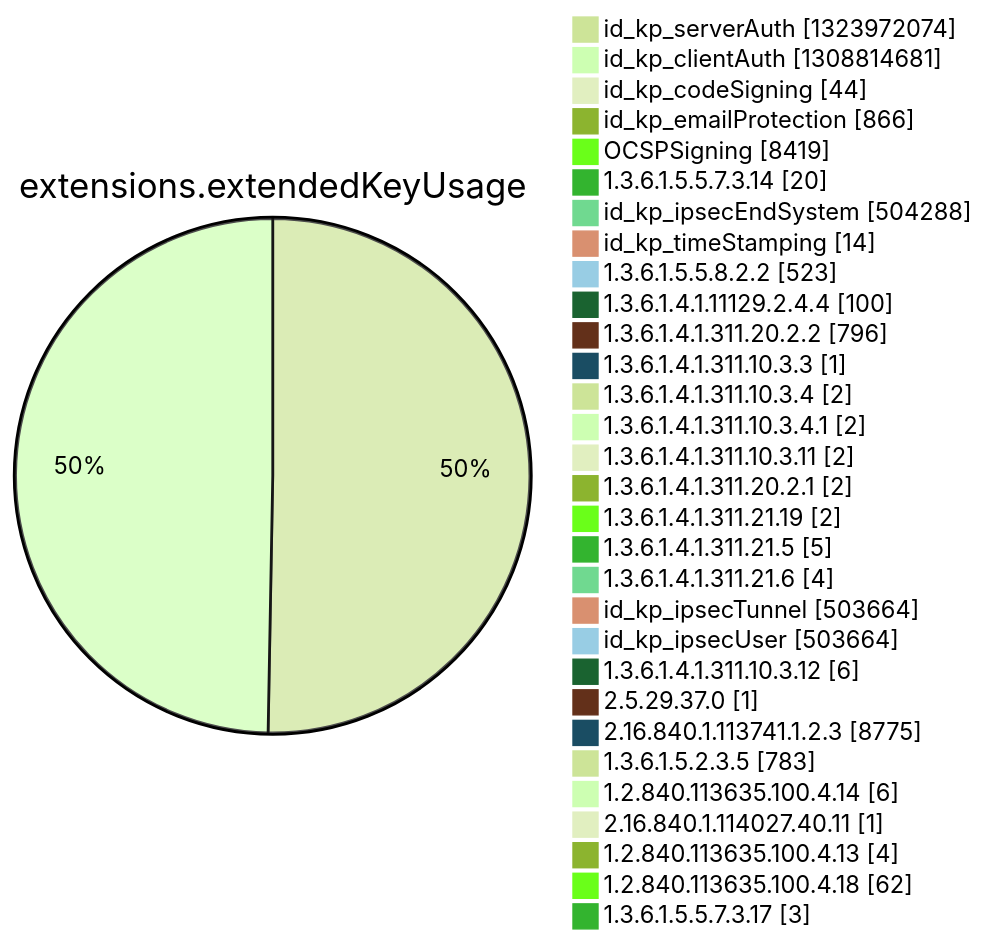
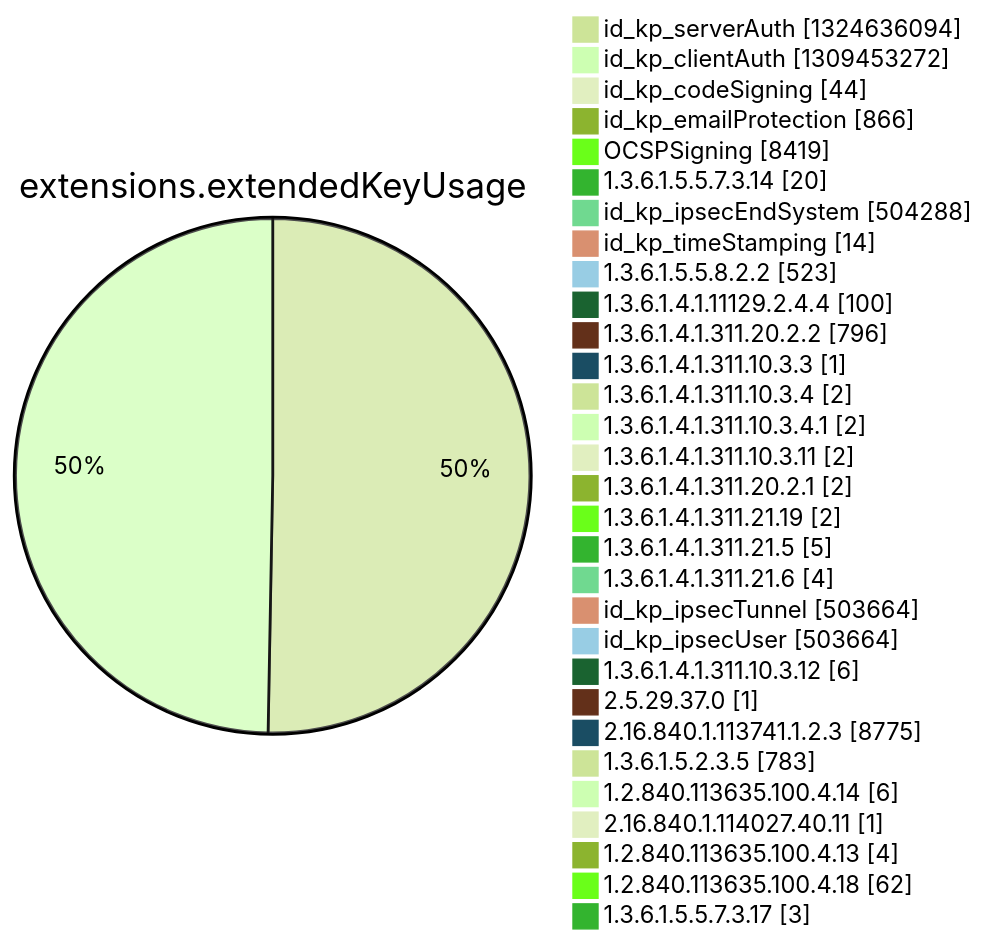
Diagram 12 of 15 in argon2022/README.md (christiankrug/ctmonitor_visualization), drawn with Mermaid (forest theme) before and after one commit. The commit also changed other lines of this file, not shown here.

````diff
--- a/argon2022/README.md
+++ b/argon2022/README.md
@@ -3553,34 +3553,34 @@
 ```mermaid
 pie showData
 title extensions.extendedKeyUsage
-"id_kp_serverAuth" :1323972074
-"id_kp_clientAuth" :1308814681
+"id_kp_serverAuth" :1324636094
+"id_kp_clientAuth" :1309453272
 "id_kp_codeSigning" :44
 "id_kp_emailProtection" :866
 "OCSPSigning" :8419
 "1.3.6.1.5.5.7.3.14" :20
 "id_kp_ipsecEndSystem" :504288
 "id_kp_timeStamping" :14
 "1.3.6.1.5.5.8.2.2" :523
 "1.3.6.1.4.1.11129.2.4.4" :100
 "1.3.6.1.4.1.311.20.2.2" :796
 "1.3.6.1.4.1.311.10.3.3" :1
 "1.3.6.1.4.1.311.10.3.4" :2
 "1.3.6.1.4.1.311.10.3.4.1" :2
 "1.3.6.1.4.1.311.10.3.11" :2
 "1.3.6.1.4.1.311.20.2.1" :2
 "1.3.6.1.4.1.311.21.19" :2
 "1.3.6.1.4.1.311.21.5" :5
 "1.3.6.1.4.1.311.21.6" :4
 "id_kp_ipsecTunnel" :503664
 "id_kp_ipsecUser" :503664
 "1.3.6.1.4.1.311.10.3.12" :6
 "2.5.29.37.0" :1
 "2.16.840.1.113741.1.2.3" :8775
 "1.3.6.1.5.2.3.5" :783
 "1.2.840.113635.100.4.14" :6
 "2.16.840.1.114027.40.11" :1
 "1.2.840.113635.100.4.13" :4
 "1.2.840.113635.100.4.18" :62
 "1.3.6.1.5.5.7.3.17" :3
 ```
````
